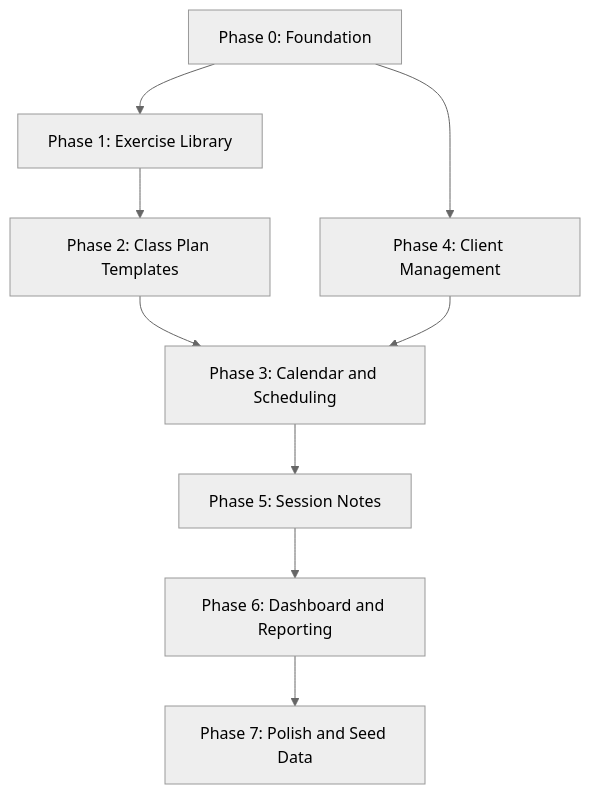
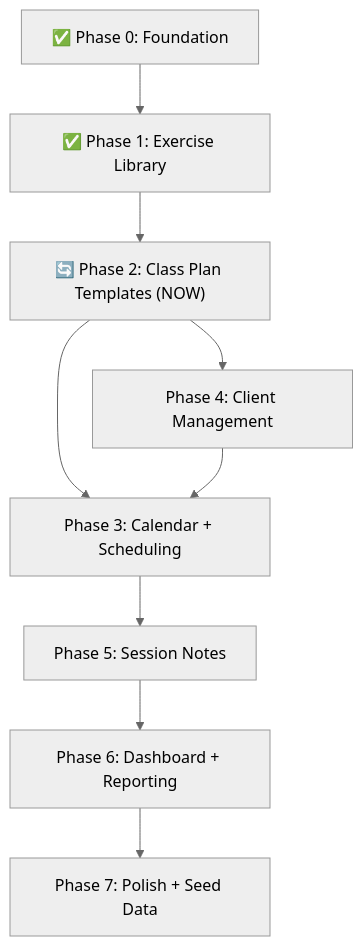
One commit to shahmeerkhalid1/layered-web-app changed the second of 2 diagrams in .cursor/plans/mvp_implementation_plan_4c3cd703.plan.md. Above: the diagram before and after it, drawn with Mermaid (neutral theme). The commit also changed other lines of this file, not shown here.

````diff
--- a/.cursor/plans/mvp_implementation_plan_4c3cd703.plan.md
+++ b/.cursor/plans/mvp_implementation_plan_4c3cd703.plan.md
@@ -351,11 +550,11 @@
 ```mermaid
 flowchart TD
-    P0["Phase 0: Foundation"] --> P1["Phase 1: Exercise Library"]
-    P0 --> P4["Phase 4: Client Management"]
-    P1 --> P2["Phase 2: Class Plan Templates"]
-    P2 --> P3["Phase 3: Calendar and Scheduling"]
+    P0["✅ Phase 0: Foundation"] --> P1["✅ Phase 1: Exercise Library"]
+    P1 --> P2["🔄 Phase 2: Class Plan Templates (NOW)"]
+    P2 --> P3["Phase 3: Calendar + Scheduling"]
+    P2 --> P4["Phase 4: Client Management"]
     P4 --> P3
     P3 --> P5["Phase 5: Session Notes"]
-    P5 --> P6["Phase 6: Dashboard and Reporting"]
-    P6 --> P7["Phase 7: Polish and Seed Data"]
+    P5 --> P6["Phase 6: Dashboard + Reporting"]
+    P6 --> P7["Phase 7: Polish + Seed Data"]
 ```
````
